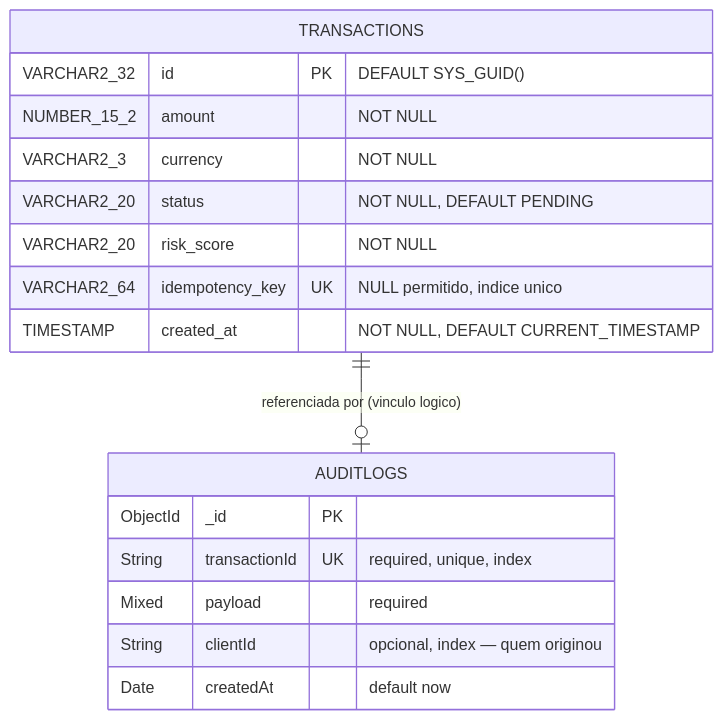
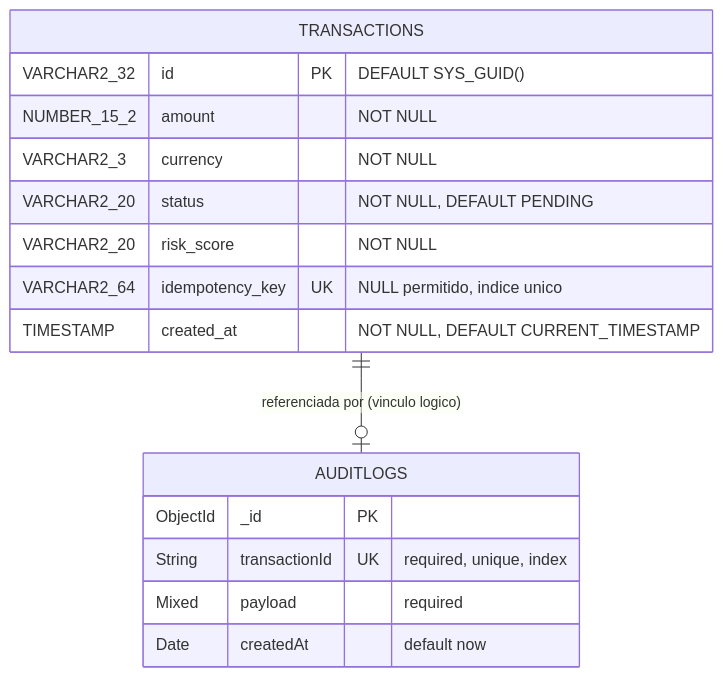
One commit to jvcamargoalmeida/poc-decision-backend changed the eighth of 8 diagrams in ARCHITECTURE.md. Above: the diagram before and after it, drawn with Mermaid. The commit also changed other lines of this file and 18 other files, not shown here.

````diff
--- a/ARCHITECTURE.md
+++ b/ARCHITECTURE.md
@@ -430,22 +430,21 @@
 ```mermaid
 erDiagram
     TRANSACTIONS ||--o| AUDITLOGS : "referenciada por (vinculo logico)"
 
     TRANSACTIONS {
         VARCHAR2_32 id PK "DEFAULT SYS_GUID()"
         NUMBER_15_2 amount "NOT NULL"
         VARCHAR2_3 currency "NOT NULL"
         VARCHAR2_20 status "NOT NULL, DEFAULT PENDING"
         VARCHAR2_20 risk_score "NOT NULL"
         VARCHAR2_64 idempotency_key UK "NULL permitido, indice unico"
         TIMESTAMP created_at "NOT NULL, DEFAULT CURRENT_TIMESTAMP"
     }
 
     AUDITLOGS {
         ObjectId _id PK
         String transactionId UK "required, unique, index"
         Mixed payload "required"
-        String clientId "opcional, index — quem originou"
         Date createdAt "default now"
     }
 ```
````
